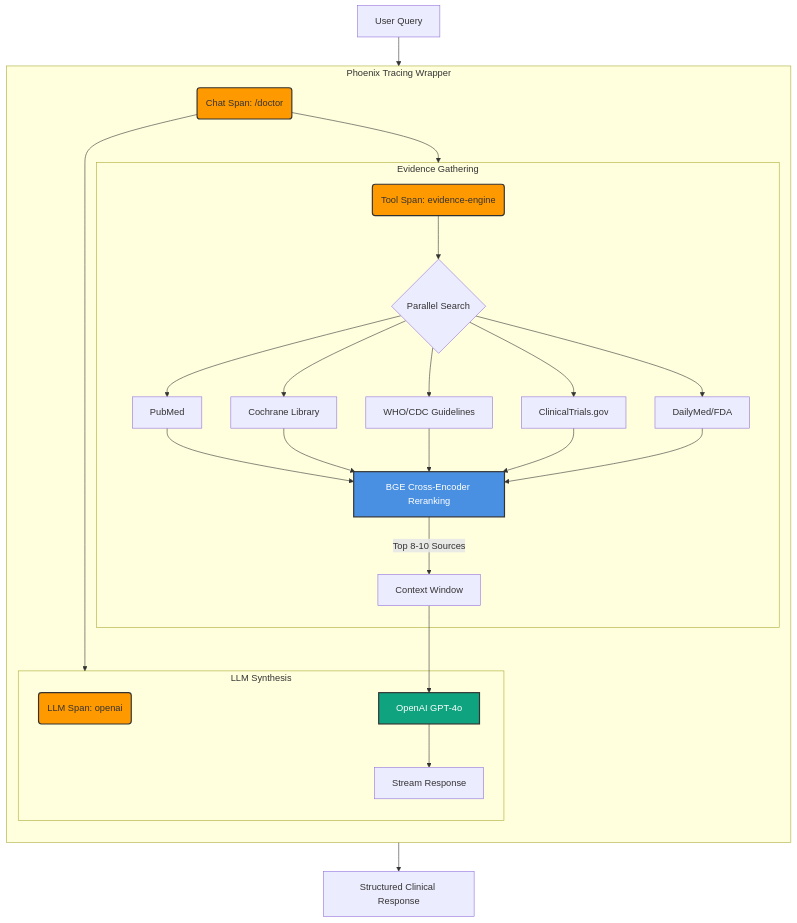
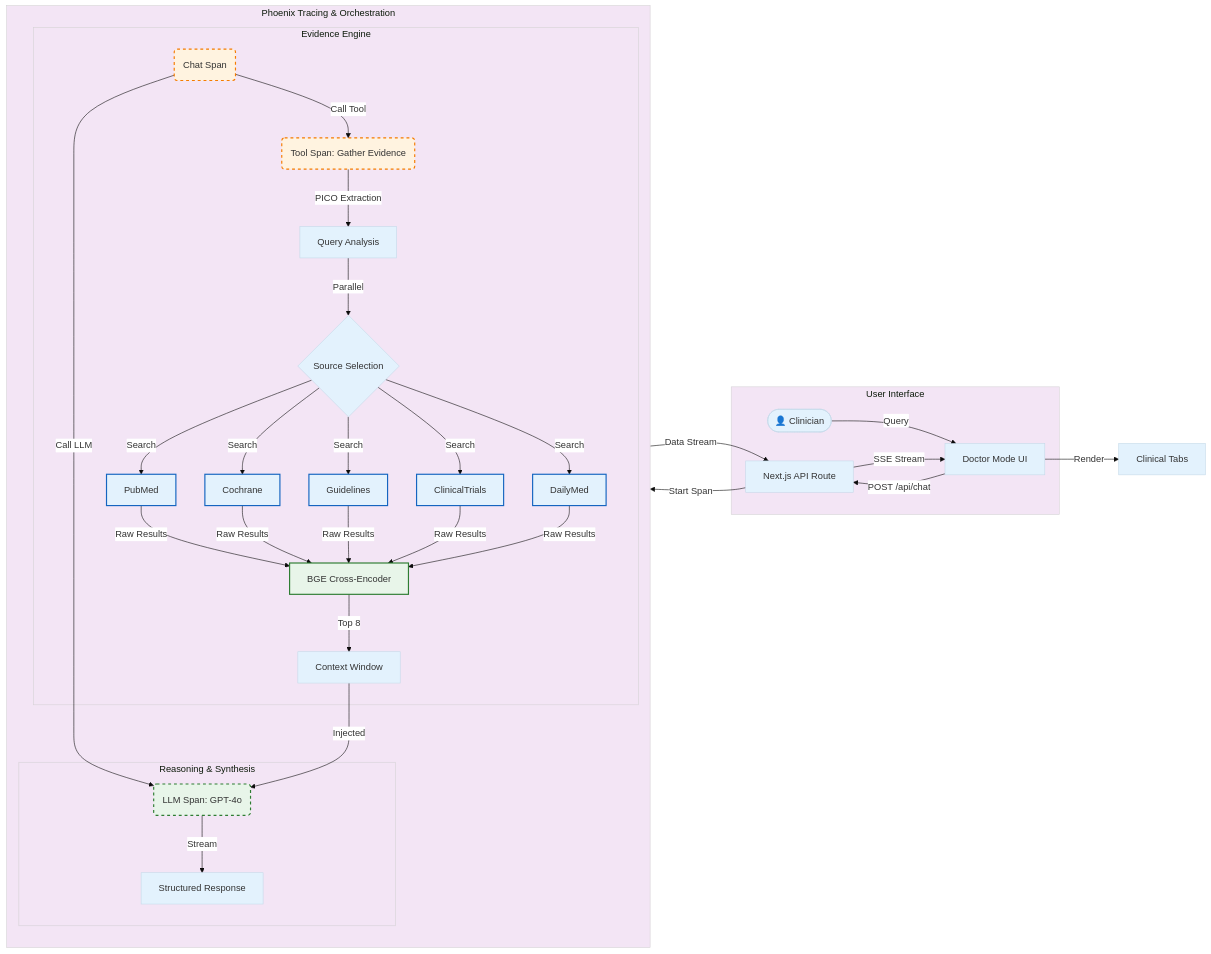
The first of 2 diagrams in WORKFLOW_DIAGRAMS.md (WenuuPattipati/medguidance-ai), drawn with Mermaid before and after one commit. The commit also changed other lines of this file, not shown here.

Commit message:
docs: Improve workflow diagrams design

````diff
--- a/WORKFLOW_DIAGRAMS.md
+++ b/WORKFLOW_DIAGRAMS.md
@@ -5,43 +7,47 @@
 ```mermaid
-graph TD
-    UserQuery[User Query] --> ChatSpan
-    
-    subgraph Phoenix_Tracing [Phoenix Tracing Wrapper]
+%%{init: {'theme': 'base', 'themeVariables': { 'primaryColor': '#E3F2FD', 'edgeLabelBackground':'#ffffff', 'tertiaryColor': '#F3E5F5'}}}%%
+graph LR
+    subgraph Frontend [User Interface]
+        User([👤 Clinician]) -->|Query| UI[Doctor Mode UI]
+        UI -->|POST /api/chat| API[Next.js API Route]
+    end
+
+    subgraph Orchestrator [Phoenix Tracing & Orchestration]
         direction TB
-        ChatSpan(Chat Span: /doctor)
+        API -->|Start Span| ChatSpan(Chat Span)
         
-        ChatSpan --> EvidenceStep
-        ChatSpan --> LLMStep
-        
-        subgraph EvidenceStep [Evidence Gathering]
-            EvidenceSpan(Tool Span: evidence-engine)
+        subgraph EvidenceEngine [Evidence Engine]
+            ChatSpan -->|Call Tool| EvidenceSpan(Tool Span: Gather Evidence)
+            EvidenceSpan -->|PICO Extraction| PICO[Query Analysis]
+            PICO -->|Parallel| Sources{Source Selection}
             
-            EvidenceSpan --> ParallelSearch{Parallel Search}
-            ParallelSearch --> PubMed[PubMed]
-            ParallelSearch --> Cochrane[Cochrane Library]
-            ParallelSearch --> Guidelines[WHO/CDC Guidelines]
-            ParallelSearch --> ClinicalTrials[ClinicalTrials.gov]
-            ParallelSearch --> DailyMed[DailyMed/FDA]
+            Sources -->|Search| PM[PubMed]
+            Sources -->|Search| CL[Cochrane]
+            Sources -->|Search| GL[Guidelines]
+            Sources -->|Search| CT[ClinicalTrials]
+            Sources -->|Search| DM[DailyMed]
             
-            PubMed & Cochrane & Guidelines & ClinicalTrials & DailyMed --> Reranking
-            
-            Reranking[BGE Cross-Encoder Reranking]
-            Reranking -- "Top 8-10 Sources" --> Context[Context Window]
+            PM & CL & GL & CT & DM -->|Raw Results| Reranker[BGE Cross-Encoder]
+            Reranker -->|Top 8| Context[Context Window]
         end
         
-        subgraph LLMStep [LLM Synthesis]
-            LLMSpan(LLM Span: openai)
-            
-            Context --> GPT4o[OpenAI GPT-4o]
-            GPT4o --> ResponseGen[Stream Response]
+        subgraph ReasoningEngine [Reasoning & Synthesis]
+            ChatSpan -->|Call LLM| LLMSpan(LLM Span: GPT-4o)
+            Context -->|Injected| LLMSpan
+            LLMSpan -->|Stream| Output[Structured Response]
         end
+        
+        Output -->|Data Stream| API
     end
+
+    API -->|SSE Stream| UI
+    UI -->|Render| Tabs[Clinical Tabs]
+
+    classDef phoenix fill:#fff3e0,stroke:#f57c00,stroke-width:2px,stroke-dasharray: 5 5;
+    classDef ai fill:#e8f5e9,stroke:#2e7d32,stroke-width:2px;
+    classDef tools fill:#e3f2fd,stroke:#1565c0,stroke-width:2px;
     
-    ResponseGen --> FinalResponse[Structured Clinical Response]
-
-    style ChatSpan fill:#ff9900,stroke:#333,stroke-width:2px
-    style EvidenceSpan fill:#ff9900,stroke:#333,stroke-width:2px
-    style LLMSpan fill:#ff9900,stroke:#333,stroke-width:2px
-    style Reranking fill:#4a90e2,stroke:#333,stroke-width:2px,color:white
-    style GPT4o fill:#10a37f,stroke:#333,stroke-width:2px,color:white
+    class ChatSpan,EvidenceSpan,LLMSpan phoenix;
+    class Reranker,LLMSpan ai;
+    class PM,CL,GL,CT,DM tools;
 ```
````
